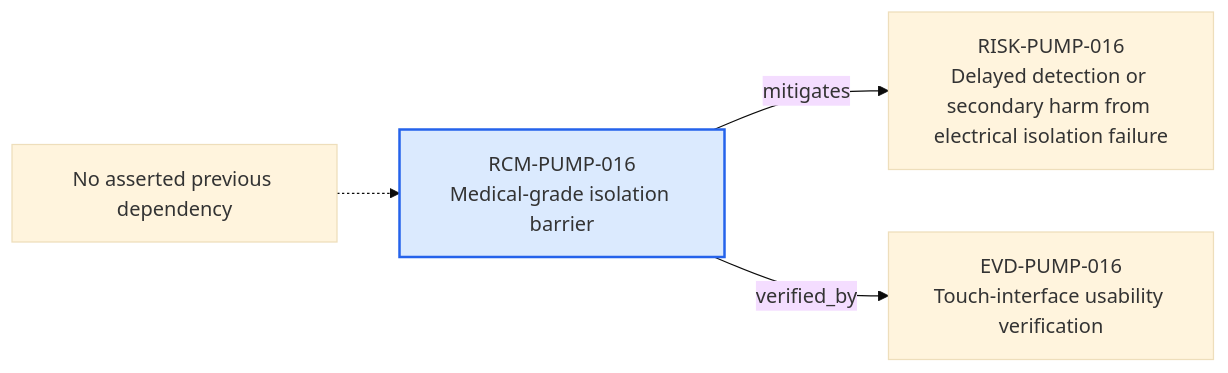
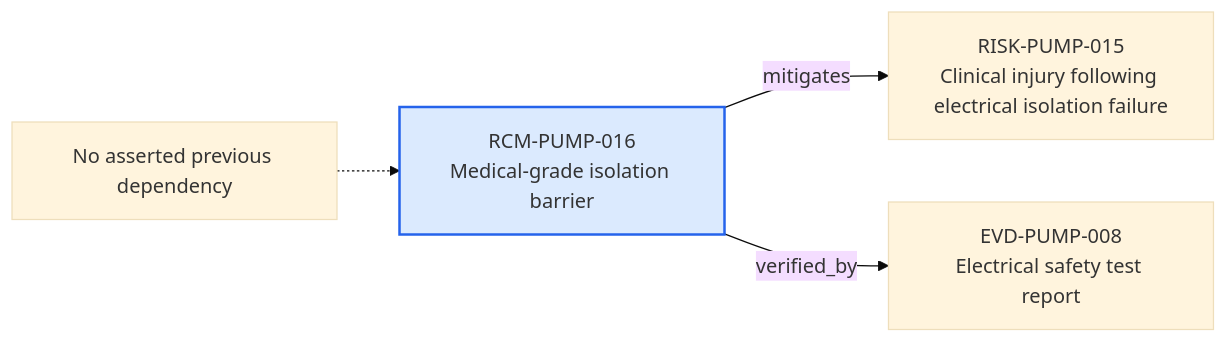
The diagram in content/06-Infpump FlowGuard ontology notes/risk-control-measure/RCM-PUMP-016-medical-grade-isolation-barrier.md (mvattulainen/mdrontology), drawn with Mermaid (base theme) before and after one commit. The commit also changed other lines of this file and 321 other files, not shown here.

Commit message:
Implement Mermaid ontology audit findings

````diff
--- a/content/06-Infpump FlowGuard ontology notes/risk-control-measure/RCM-PUMP-016-medical-grade-isolation-barrier.md
+++ b/content/06-Infpump FlowGuard ontology notes/risk-control-measure/RCM-PUMP-016-medical-grade-isolation-barrier.md
@@ -75,12 +77,12 @@
 ```mermaid
 flowchart LR
   CURRENT["RCM-PUMP-016<br/>Medical-grade isolation barrier"]
   PREV_NONE["No asserted previous dependency"]
   PREV_NONE -.-> CURRENT
-  NEXT0["RISK-PUMP-016<br/>Delayed detection or secondary harm from electrical isolation failure"]
+  NEXT0["RISK-PUMP-015<br/>Clinical injury following electrical isolation failure"]
   CURRENT -->|"mitigates"| NEXT0
-  NEXT1["EVD-PUMP-016<br/>Touch-interface usability verification"]
+  NEXT1["EVD-PUMP-008<br/>Electrical safety test report"]
   CURRENT -->|"verified_by"| NEXT1
   classDef current fill:#dbeafe,stroke:#2563eb,stroke-width:2px
   class CURRENT current
 ```
````
